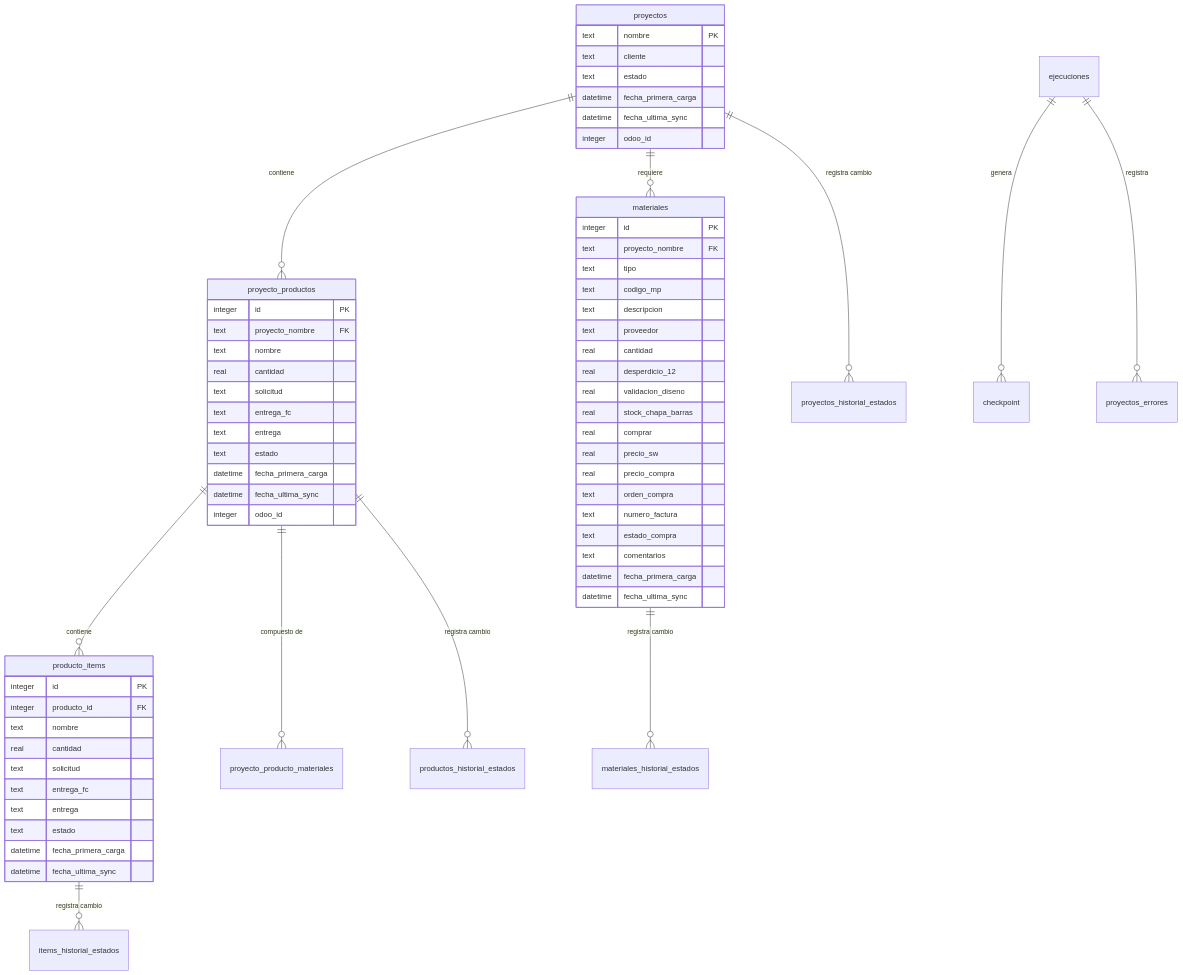
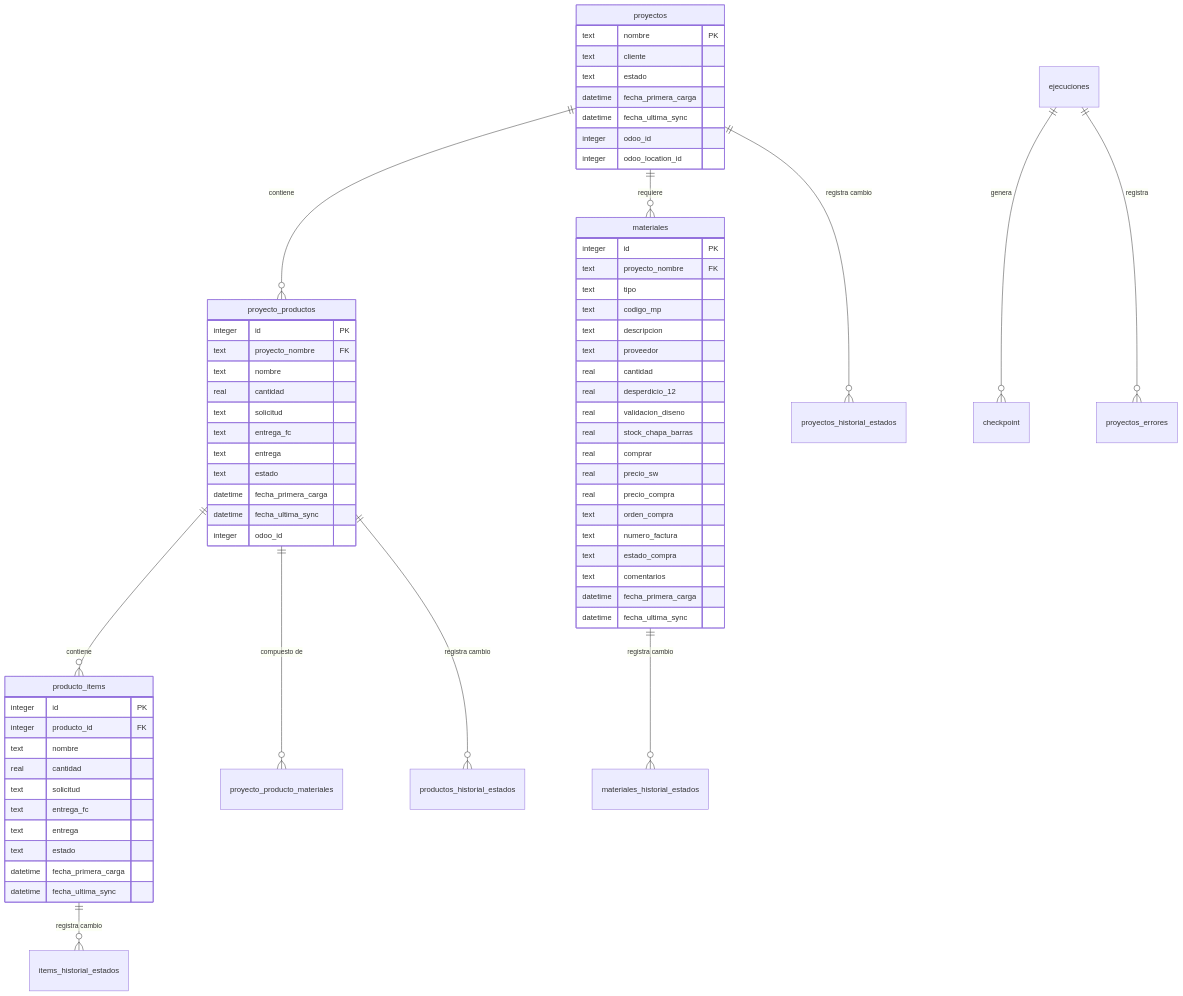
The second of 4 diagrams in README.md (DimasIsaiasRumay/Proyecto_Scraper), drawn with Mermaid before and after one commit. The commit also changed other lines of this file and 2 other files, not shown here.

````diff
--- a/README.md
+++ b/README.md
@@ -125,68 +132,69 @@
 ```mermaid
 erDiagram
     proyectos ||--o{ proyecto_productos : "contiene"
     proyecto_productos ||--o{ producto_items : "contiene"
     proyectos ||--o{ materiales : "requiere"
     proyecto_productos ||--o{ proyecto_producto_materiales : "compuesto de"
     proyectos ||--o{ proyectos_historial_estados : "registra cambio"
     proyecto_productos ||--o{ productos_historial_estados : "registra cambio"
     producto_items ||--o{ items_historial_estados : "registra cambio"
     materiales ||--o{ materiales_historial_estados : "registra cambio"
     ejecuciones ||--o{ checkpoint : "genera"
     ejecuciones ||--o{ proyectos_errores : "registra"
 
     proyectos {
         text nombre PK
         text cliente
         text estado
         datetime fecha_primera_carga
         datetime fecha_ultima_sync
         integer odoo_id
+        integer odoo_location_id
     }
     proyecto_productos {
         integer id PK
         text proyecto_nombre FK
         text nombre
         real cantidad
         text solicitud
         text entrega_fc
         text entrega
         text estado
         datetime fecha_primera_carga
         datetime fecha_ultima_sync
         integer odoo_id
     }
     producto_items {
         integer id PK
         integer producto_id FK
         text nombre
         real cantidad
         text solicitud
         text entrega_fc
         text entrega
         text estado
         datetime fecha_primera_carga
         datetime fecha_ultima_sync
     }
     materiales {
         integer id PK
         text proyecto_nombre FK
         text tipo
         text codigo_mp
         text descripcion
         text proveedor
         real cantidad
         real desperdicio_12
         real validacion_diseno
         real stock_chapa_barras
         real comprar
         real precio_sw
         real precio_compra
         text orden_compra
         text numero_factura
         text estado_compra
         text comentarios
         datetime fecha_primera_carga
         datetime fecha_ultima_sync
     }
 ```
````
